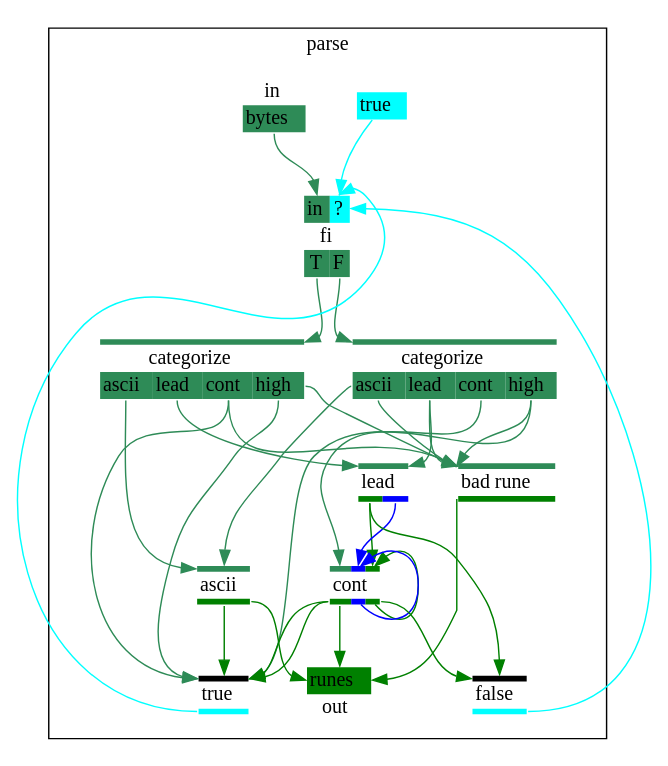
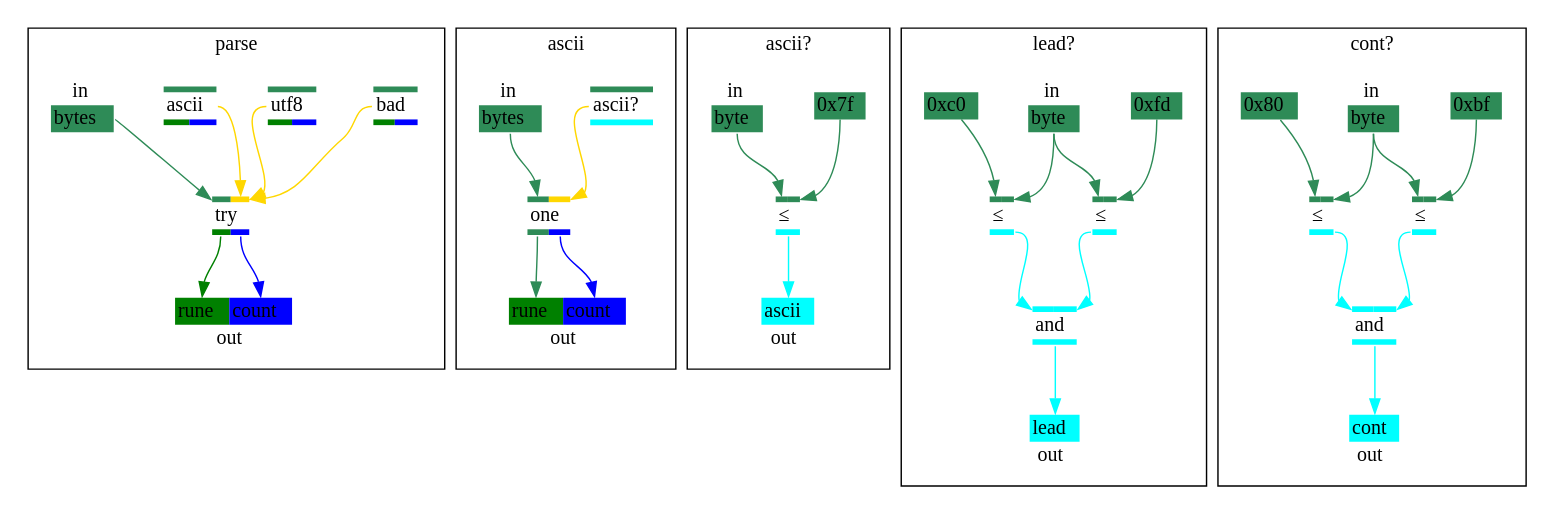
The diagram in src/byte.parse.rune.dot (imuli/flow), drawn with Graphviz before and after one commit.

Commit message:
more envisioning

```diff
--- a/src/byte.parse.rune.dot
+++ b/src/byte.parse.rune.dot
@@ -1,130 +1,256 @@
 digraph flow {
 	rankdir = TB;
 	node [shape=none; style=rounded]
-	subgraph cluster_byte_parse_rune {
+
+	subgraph cluster_byte_parse_rune_num {
 		shape = box
 		label = "parse"
-		byte_parse_rune_in [
+		byte_parse_rune_num_in [
 			label=< <table border="0" cellspacing="0">
 					<tr><td port="fn">in</td></tr>
 					<tr><td port="a" bgcolor="seagreen">bytes</td></tr>
 					</table>>
 		]
 
-		byte_parse_rune_fi0_kick [
+		byte_parse_rune_num_bad [
 			label=< <table border="0" cellspacing="0">
-					<tr><td port="a" bgcolor="cyan">true</td></tr>
+					<tr><td colspan="2" port="0" bgcolor="seagreen"></td></tr>
+					<tr><td colspan="2" port="fn">bad</td></tr>
+					<tr><td port="a" bgcolor="green"></td><td port="b" bgcolor="blue"></td></tr>
 					</table>>
 		]
 
-		byte_parse_rune_fi0 [
-			label=< <table border="0" cellspacing="0">
-					<tr><td port="0" bgcolor="seagreen">in</td><td port="1" bgcolor="cyan">?</td></tr>
-					<tr><td colspan="2" port="fn">fi</td></tr>
-					<tr><td port="a" bgcolor="seagreen">T</td><td port="b" bgcolor="seagreen">F</td></tr>
-					</table>>
-		]
-		byte_parse_rune_in:a -> byte_parse_rune_fi0:0 [color=seagreen]
-		byte_parse_rune_fi0_kick:a -> byte_parse_rune_fi0:1 [color=cyan]
-
-		byte_parse_rune_categorize_initial [
-			label=< <table border="0" cellspacing="0">
-					<tr><td colspan="4" port="0" bgcolor="seagreen"></td></tr>
-					<tr><td colspan="4" port="fn">categorize</td></tr>
-					<tr><td port="a" bgcolor="seagreen">ascii</td><td port="b" bgcolor="seagreen">lead</td><td port="c" bgcolor="seagreen">cont</td><td port="d" bgcolor="seagreen">high</td></tr>
-					</table>>
-		]
-		byte_parse_rune_fi0:a -> byte_parse_rune_categorize_initial:0 [color=seagreen]
-
-		byte_parse_rune_categorize_continuation [
-			label=< <table border="0" cellspacing="0">
-					<tr><td colspan="4" port="0" bgcolor="seagreen"></td></tr>
-					<tr><td colspan="4" port="fn">categorize</td></tr>
-					<tr><td port="a" bgcolor="seagreen">ascii</td><td port="b" bgcolor="seagreen">lead</td><td port="c" bgcolor="seagreen">cont</td><td port="d" bgcolor="seagreen">high</td></tr>
-					</table>>
-		]
-		byte_parse_rune_fi0:b -> byte_parse_rune_categorize_continuation:0 [color=seagreen]
-
-		byte_parse_rune_badrune [
-			label=< <table border="0" cellspacing="0">
-					<tr><td port="0" bgcolor="seagreen"></td></tr>
-					<tr><td port="fn">bad rune</td></tr>
-					<tr><td port="a" bgcolor="green"></td></tr>
-					</table>>
-		]
-		byte_parse_rune_categorize_initial:c -> byte_parse_rune_badrune:0 [color=seagreen]
-		byte_parse_rune_categorize_initial:d -> byte_parse_rune_badrune:0 [color=seagreen]
-		byte_parse_rune_categorize_continuation:a -> byte_parse_rune_badrune:0 [color=seagreen]
-		byte_parse_rune_categorize_continuation:b -> byte_parse_rune_badrune:0 [color=seagreen]
-		byte_parse_rune_categorize_continuation:d -> byte_parse_rune_badrune:0 [color=seagreen]
-
-		byte_parse_rune_ascii [
-			label=< <table border="0" cellspacing="0">
-					<tr><td port="0" bgcolor="seagreen"></td></tr>
-					<tr><td port="fn">ascii</td></tr>
-					<tr><td port="a" bgcolor="green"></td></tr>
-					</table>>
-		]
-		byte_parse_rune_categorize_initial:a -> byte_parse_rune_ascii:0 [color=seagreen]
-		byte_parse_rune_categorize_continuation:a -> byte_parse_rune_ascii:0 [color=seagreen]
-
-		byte_parse_rune_lead [
+		byte_parse_rune_num_utf8 [
 			label=< <table border="0" cellspacing="0">
 					<tr><td colspan="2" port="0" bgcolor="seagreen"></td></tr>
-					<tr><td colspan="2" port="fn">lead</td></tr>
+					<tr><td colspan="2" port="fn">utf8</td></tr>
 					<tr><td port="a" bgcolor="green"></td><td port="b" bgcolor="blue"></td></tr>
 					</table>>
 		]
-		byte_parse_rune_categorize_initial:b -> byte_parse_rune_lead:0 [color=seagreen]
-		byte_parse_rune_categorize_continuation:b -> byte_parse_rune_lead:0 [color=seagreen]
 
-		byte_parse_rune_cont [
+		byte_parse_rune_num_ascii [
 			label=< <table border="0" cellspacing="0">
-					<tr><td port="0" bgcolor="seagreen"></td><td port="1" bgcolor="blue"></td><td port="2" bgcolor="green"></td></tr>
-					<tr><td colspan="3" port="fn">cont</td></tr>
-					<tr><td port="a" bgcolor="green"></td><td port="b" bgcolor="blue"></td><td port="c" bgcolor="green"></td></tr>
+					<tr><td colspan="2" port="0" bgcolor="seagreen"></td></tr>
+					<tr><td colspan="2" port="fn">ascii</td></tr>
+					<tr><td port="a" bgcolor="green"></td><td port="b" bgcolor="blue"></td></tr>
 					</table>>
 		]
-		byte_parse_rune_categorize_continuation:c -> byte_parse_rune_cont:0 [color=seagreen]
-		byte_parse_rune_lead:a -> byte_parse_rune_cont:2 [color=green]
-		byte_parse_rune_lead:b -> byte_parse_rune_cont:1 [color=blue]
-		byte_parse_rune_cont:c -> byte_parse_rune_cont:2 [color=green]
-		byte_parse_rune_cont:b -> byte_parse_rune_cont:1 [color=blue]
-		byte_parse_rune_cont:c -> byte_parse_rune_false:0 [color=green]
-		byte_parse_rune_cont:a -> byte_parse_rune_true:0 [color=green]
 
-		byte_parse_rune_true [
+		byte_parse_rune_num_try [
 			label=< <table border="0" cellspacing="0">
-					<tr><td port="0" bgcolor="black"></td></tr>
-					<tr><td port="fn">true</td></tr>
+					<tr><td port="0" bgcolor="seagreen"></td><td port="1" bgcolor="gold"></td></tr>
+					<tr><td colspan="2" port="fn">try</td></tr>
+					<tr><td port="a" bgcolor="green"></td><td port="b" bgcolor="blue"></td></tr>
+					</table>>
+		]
+		byte_parse_rune_num_in:a -> byte_parse_rune_num_try:0 [color=seagreen]
+		byte_parse_rune_num_ascii:fn -> byte_parse_rune_num_try:1 [color=gold]
+		byte_parse_rune_num_utf8:fn -> byte_parse_rune_num_try:1 [color=gold]
+		byte_parse_rune_num_bad:fn -> byte_parse_rune_num_try:1 [color=gold]
+
+		byte_parse_rune_num_out [
+			label=< <table border="0" cellspacing="0">
+					<tr><td port="0" bgcolor="green">rune</td><td port="1" bgcolor="blue">count</td></tr>
+					<tr><td colspan="2" port="fn">out</td></tr>
+					</table>>
+		]
+		byte_parse_rune_num_try:a -> byte_parse_rune_num_out:0 [color=green]
+		byte_parse_rune_num_try:b -> byte_parse_rune_num_out:1 [color=blue]
+	}
+
+	subgraph cluster_byte_ascii_rune_num {
+		shape = box
+		label = "ascii"
+		byte_ascii_rune_num_in [
+			label=< <table border="0" cellspacing="0">
+					<tr><td port="fn">in</td></tr>
+					<tr><td port="a" bgcolor="seagreen">bytes</td></tr>
+					</table>>
+		]
+
+		byte_ascii_rune_num_isascii [
+			label=< <table border="0" cellspacing="0">
+					<tr><td port="0" bgcolor="seagreen"></td></tr>
+					<tr><td port="fn">ascii?</td></tr>
 					<tr><td port="a" bgcolor="cyan"></td></tr>
 					</table>>
 		]
-		byte_parse_rune_ascii:a -> byte_parse_rune_true:0 [color=green]
-		byte_parse_rune_cont:a -> byte_parse_rune_true:0 [color=green]
-		byte_parse_rune_categorize_initial:c -> byte_parse_rune_true:0 [color=seagreen]
-		byte_parse_rune_categorize_initial:d -> byte_parse_rune_true:0 [color=seagreen]
-		byte_parse_rune_categorize_continuation:d -> byte_parse_rune_true:0 [color=seagreen]
-		byte_parse_rune_true:a -> byte_parse_rune_fi0:1 [color=cyan]
 
-		byte_parse_rune_false [
+		byte_ascii_rune_num_one [
 			label=< <table border="0" cellspacing="0">
-					<tr><td port="0" bgcolor="black"></td></tr>
-					<tr><td port="fn">false</td></tr>
-					<tr><td port="a" bgcolor="cyan"></td></tr>
+					<tr><td port="0" bgcolor="seagreen"></td><td port="1" bgcolor="gold"></td></tr>
+					<tr><td colspan="2" port="fn">one</td></tr>
+					<tr><td port="a" bgcolor="seagreen"></td><td port="b" bgcolor="blue"></td></tr>
 					</table>>
 		]
-		byte_parse_rune_lead:a -> byte_parse_rune_false:0 [color=green]
-		byte_parse_rune_false:a -> byte_parse_rune_fi0:1 [color=cyan]
+		byte_ascii_rune_num_in:a -> byte_ascii_rune_num_one:0 [color="seagreen"]
+		byte_ascii_rune_num_isascii:fn -> byte_ascii_rune_num_one:1 [color="gold"]
 
-		byte_parse_rune_out [
+		byte_ascii_rune_num_out [
 			label=< <table border="0" cellspacing="0">
-					<tr><td port="0" bgcolor="green">runes</td></tr>
+					<tr><td port="0" bgcolor="green">rune</td><td port="1" bgcolor="blue">count</td></tr>
+					<tr><td colspan="2" port="fn">out</td></tr>
+					</table>>
+		]
+		byte_ascii_rune_num_one:a -> byte_ascii_rune_num_out:0 [color="seagreen"]
+		byte_ascii_rune_num_one:b -> byte_ascii_rune_num_out:1 [color="blue"]
+	}
+
+	subgraph cluster_byte_isascii_boolean {
+		shape = box
+		label = "ascii?"
+		byte_isascii_boolean_in [
+			label=< <table border="0" cellspacing="0">
+					<tr><td port="fn">in</td></tr>
+					<tr><td port="a" bgcolor="seagreen">byte</td></tr>
+					</table>>
+		]
+
+		byte_isascii_boolean_max [
+			label=< <table border="0" cellspacing="0">
+					<tr><td port="a" bgcolor="seagreen">0x7f</td></tr>
+					</table>>
+		]
+		
+		byte_isascii_boolean_lte [
+			label=< <table border="0" cellspacing="0">
+					<tr><td port="0" bgcolor="seagreen"></td><td port="1" bgcolor="seagreen"></td></tr>
+					<tr><td colspan="2" port="fn">≤</td></tr>
+					<tr><td colspan="2" port="a" bgcolor="cyan"></td></tr>
+					</table>>
+		]
+		byte_isascii_boolean_in:a -> byte_isascii_boolean_lte:0 [color=seagreen]
+		byte_isascii_boolean_max:a -> byte_isascii_boolean_lte:1 [color=seagreen]
+
+		byte_isascii_boolean_out [
+			label=< <table border="0" cellspacing="0">
+					<tr><td port="0" bgcolor="cyan">ascii</td></tr>
 					<tr><td port="fn">out</td></tr>
 					</table>>
 		]
-		byte_parse_rune_ascii:a -> byte_parse_rune_out:0 [color=green]
-		byte_parse_rune_badrune:a -> byte_parse_rune_out:0 [color=green]
-		byte_parse_rune_cont:a -> byte_parse_rune_out:0 [color=green]
+		byte_isascii_boolean_lte:a -> byte_isascii_boolean_out:0 [color=cyan]
 	}
+
+	subgraph cluster_byte_islead_boolean {
+		shape = box
+		label = "lead?"
+		byte_islead_boolean_in [
+			label=< <table border="0" cellspacing="0">
+					<tr><td port="fn">in</td></tr>
+					<tr><td port="a" bgcolor="seagreen">byte</td></tr>
+					</table>>
+		]
+
+		byte_islead_boolean_min [
+			label=< <table border="0" cellspacing="0">
+					<tr><td port="a" bgcolor="seagreen">0xc0</td></tr>
+					</table>>
+		]
+		
+		byte_islead_boolean_max [
+			label=< <table border="0" cellspacing="0">
+					<tr><td port="a" bgcolor="seagreen">0xfd</td></tr>
+					</table>>
+		]
+
+		byte_islead_boolean_lte0 [
+			label=< <table border="0" cellspacing="0">
+					<tr><td port="0" bgcolor="seagreen"></td><td port="1" bgcolor="seagreen"></td></tr>
+					<tr><td colspan="2" port="fn">≤</td></tr>
+					<tr><td colspan="2" port="a" bgcolor="cyan"></td></tr>
+					</table>>
+		]
+		byte_islead_boolean_min:a -> byte_islead_boolean_lte0:0 [color=seagreen]
+		byte_islead_boolean_in:a -> byte_islead_boolean_lte0:1 [color=seagreen]
+
+		byte_islead_boolean_lte1 [
+			label=< <table border="0" cellspacing="0">
+					<tr><td port="0" bgcolor="seagreen"></td><td port="1" bgcolor="seagreen"></td></tr>
+					<tr><td colspan="2" port="fn">≤</td></tr>
+					<tr><td colspan="2" port="a" bgcolor="cyan"></td></tr>
+					</table>>
+		]
+		byte_islead_boolean_in:a -> byte_islead_boolean_lte1:0 [color=seagreen]
+		byte_islead_boolean_max:a -> byte_islead_boolean_lte1:1 [color=seagreen]
+
+		byte_islead_boolean_and [
+			label=< <table border="0" cellspacing="0">
+					<tr><td port="0" bgcolor="cyan"></td><td port="1" bgcolor="cyan"></td></tr>
+					<tr><td colspan="2" port="fn">and</td></tr>
+					<tr><td colspan="2" port="a" bgcolor="cyan"></td></tr>
+					</table>>
+		]
+		byte_islead_boolean_lte0:a -> byte_islead_boolean_and:0 [color=cyan]
+		byte_islead_boolean_lte1:a -> byte_islead_boolean_and:1 [color=cyan]
+
+		byte_islead_boolean_out [
+			label=< <table border="0" cellspacing="0">
+					<tr><td port="0" bgcolor="cyan">lead</td></tr>
+					<tr><td port="fn">out</td></tr>
+					</table>>
+		]
+		byte_islead_boolean_and:a -> byte_islead_boolean_out:0 [color=cyan]
+	}
+
+	subgraph cluster_byte_iscont_boolean {
+		shape = box
+		label = "cont?"
+		byte_iscont_boolean_in [
+			label=< <table border="0" cellspacing="0">
+					<tr><td port="fn">in</td></tr>
+					<tr><td port="a" bgcolor="seagreen">byte</td></tr>
+					</table>>
+		]
+
+		byte_iscont_boolean_min [
+			label=< <table border="0" cellspacing="0">
+					<tr><td port="a" bgcolor="seagreen">0x80</td></tr>
+					</table>>
+		]
+		
+		byte_iscont_boolean_max [
+			label=< <table border="0" cellspacing="0">
+					<tr><td port="a" bgcolor="seagreen">0xbf</td></tr>
+					</table>>
+		]
+
+		byte_iscont_boolean_lte0 [
+			label=< <table border="0" cellspacing="0">
+					<tr><td port="0" bgcolor="seagreen"></td><td port="1" bgcolor="seagreen"></td></tr>
+					<tr><td colspan="2" port="fn">≤</td></tr>
+					<tr><td colspan="2" port="a" bgcolor="cyan"></td></tr>
+					</table>>
+		]
+		byte_iscont_boolean_min:a -> byte_iscont_boolean_lte0:0 [color=seagreen]
+		byte_iscont_boolean_in:a -> byte_iscont_boolean_lte0:1 [color=seagreen]
+
+		byte_iscont_boolean_lte1 [
+			label=< <table border="0" cellspacing="0">
+					<tr><td port="0" bgcolor="seagreen"></td><td port="1" bgcolor="seagreen"></td></tr>
+					<tr><td colspan="2" port="fn">≤</td></tr>
+					<tr><td colspan="2" port="a" bgcolor="cyan"></td></tr>
+					</table>>
+		]
+		byte_iscont_boolean_in:a -> byte_iscont_boolean_lte1:0 [color=seagreen]
+		byte_iscont_boolean_max:a -> byte_iscont_boolean_lte1:1 [color=seagreen]
+
+		byte_iscont_boolean_and [
+			label=< <table border="0" cellspacing="0">
+					<tr><td port="0" bgcolor="cyan"></td><td port="1" bgcolor="cyan"></td></tr>
+					<tr><td colspan="2" port="fn">and</td></tr>
+					<tr><td colspan="2" port="a" bgcolor="cyan"></td></tr>
+					</table>>
+		]
+		byte_iscont_boolean_lte0:a -> byte_iscont_boolean_and:0 [color=cyan]
+		byte_iscont_boolean_lte1:a -> byte_iscont_boolean_and:1 [color=cyan]
+
+		byte_iscont_boolean_out [
+			label=< <table border="0" cellspacing="0">
+					<tr><td port="0" bgcolor="cyan">cont</td></tr>
+					<tr><td port="fn">out</td></tr>
+					</table>>
+		]
+		byte_iscont_boolean_and:a -> byte_iscont_boolean_out:0 [color=cyan]
+	}
+
 }
```
